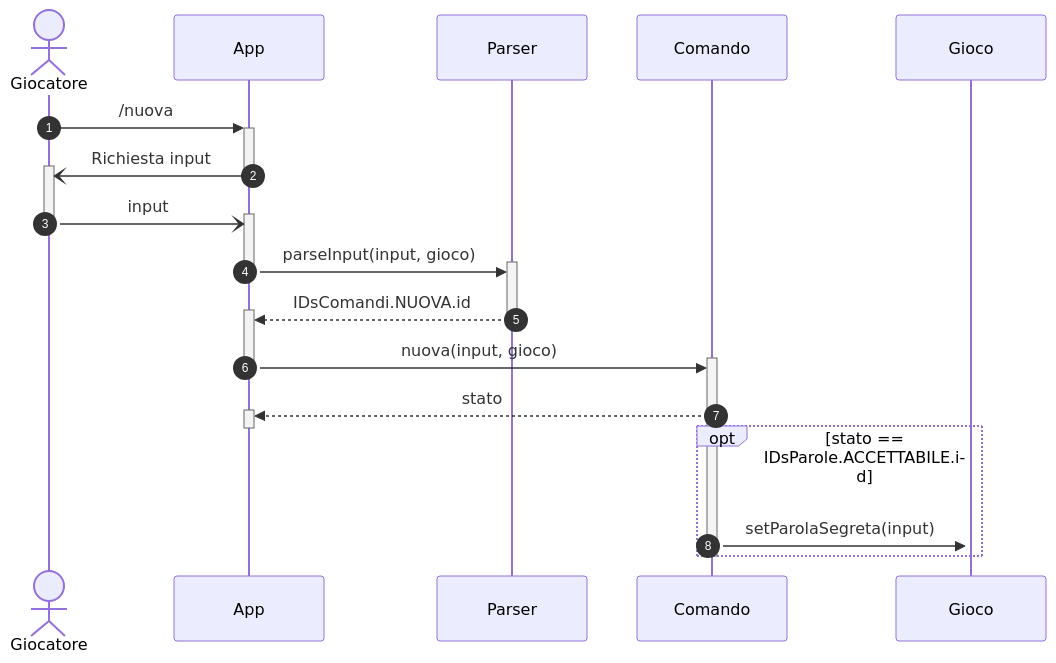
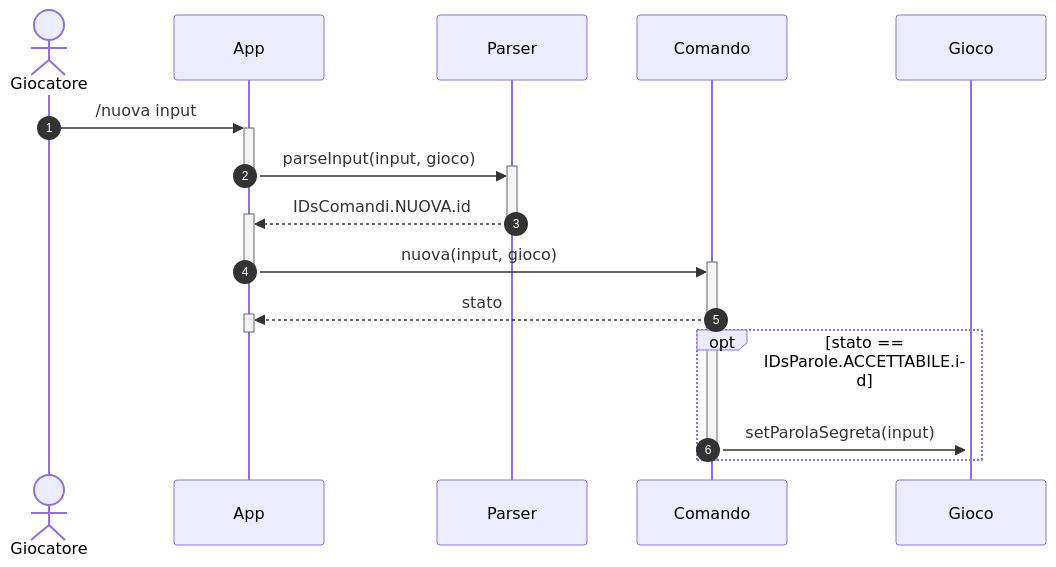
The second of 8 diagrams in docs/Report.md (softeng2122-inf-uniba/progetto2122-pearl), drawn with Mermaid before and after one commit. The commit also changed other lines of this file, not shown here.

````diff
--- a/docs/Report.md
+++ b/docs/Report.md
@@ -158,27 +185,23 @@
 ```mermaid
     sequenceDiagram
     autonumber
         actor Giocatore
         participant App
         participant Parser
         participant Comando
         participant Gioco
 
-        Giocatore->>+App: /nuova
-        App-)+Giocatore: Richiesta input
-        deactivate App
-        Giocatore-)+App: input
-        deactivate Giocatore
+        Giocatore->>+App: /nuova input
         App->>+Parser: parseInput(input, gioco)
         deactivate App
         Parser-->>+App: IDsComandi.NUOVA.id
         deactivate Parser
         App->>+Comando: nuova(input, gioco)
         deactivate App
         Comando-->>+App: stato
         deactivate App
         opt stato == IDsParole.ACCETTABILE.id 
             Comando->>+Gioco: setParolaSegreta(input)
         end
         deactivate Comando
 ```
````
